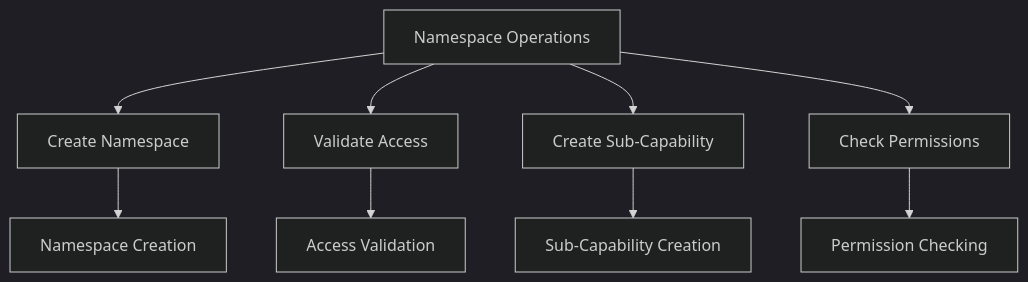
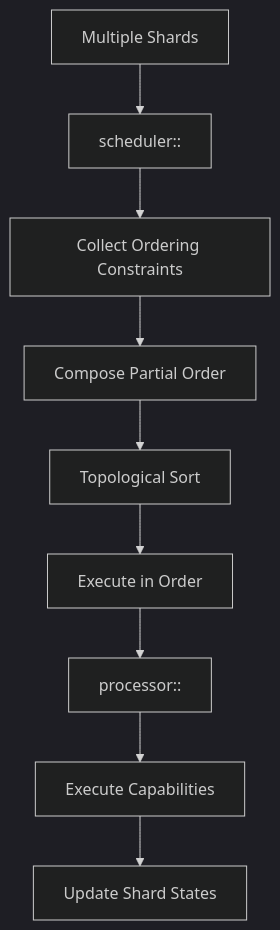
Before and after one commit to timewave-computer/valence-solana: the third of 5 diagrams in docs/103-capabilities.md, drawn with Mermaid (dark theme). The commit also changed other lines of this file and 70 other files, not shown here.

````diff
--- a/docs/103-capabilities.md
+++ b/docs/103-capabilities.md
@@ -52,12 +86,12 @@
 ```mermaid
 graph TD
-    A[Namespace Operations] --> B[Create Namespace]
-    A --> C[Validate Access]
-    A --> D[Create Sub-Capability]
-    A --> E[Check Permissions]
+    A[Multiple Shards] --> B[scheduler::]
+    B --> C[Collect Ordering Constraints]
+    C --> D[Compose Partial Order]
+    D --> E[Topological Sort]
+    E --> F[Execute in Order]
     
-    B --> F[Namespace Creation]
-    C --> G[Access Validation]
-    D --> H[Sub-Capability Creation]
-    E --> I[Permission Checking]
+    F --> G[processor::]
+    G --> H[Execute Capabilities]
+    H --> I[Update Shard States]
 ```
````
